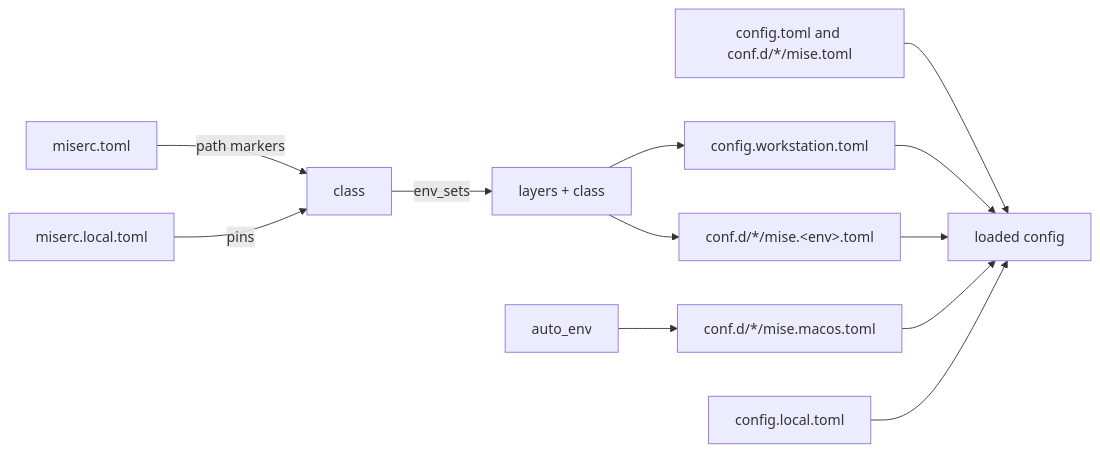
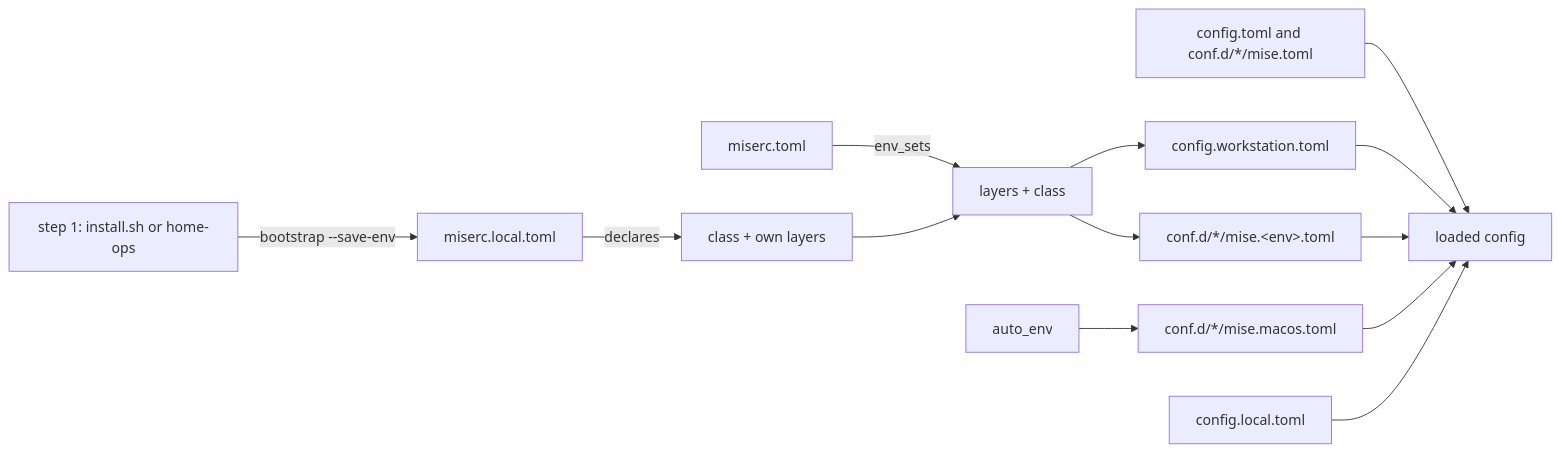
The second of 2 diagrams in docs/mise.md (h-wb/dotfiles), drawn with Mermaid before and after one commit. The commit also changed other lines of this file and 40 other files, not shown here.

````diff
--- a/docs/mise.md
+++ b/docs/mise.md
@@ -22,14 +40,15 @@
 ```mermaid
 flowchart LR
-  M[miserc.toml] -->|path markers| C[class]
-  L[miserc.local.toml] -->|pins| C
-  C -->|env_sets| E[layers + class]
+  D["step 1: install.sh or home-ops"] -->|bootstrap --save-env| L[miserc.local.toml]
+  L -->|declares| C[class + own layers]
+  M[miserc.toml] -->|env_sets| E[layers + class]
+  C --> E
   E --> F1[config.workstation.toml]
   E --> F2["conf.d/*/mise.&lt;env&gt;.toml"]
   A[auto_env] --> F3["conf.d/*/mise.macos.toml"]
   F0[config.toml and conf.d/*/mise.toml] --> R[loaded config]
   F1 --> R
   F2 --> R
   F3 --> R
   X[config.local.toml] --> R
 ```
````
